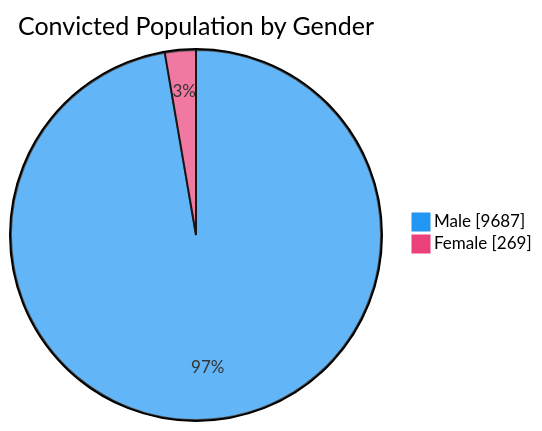
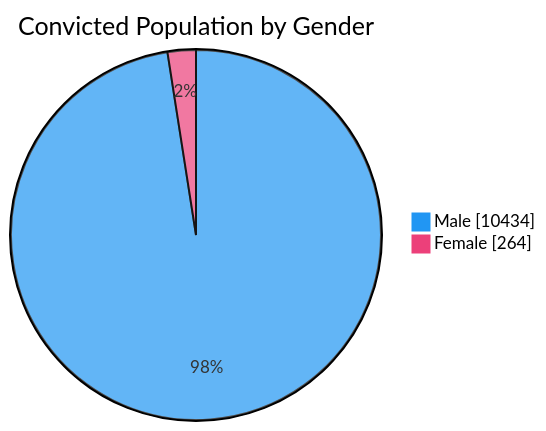
Before and after one commit to nuuuwan/lk_prisons: the third of 7 diagrams in README.md, drawn with Mermaid. The commit also changed other lines of this file and 1 other file, not shown here.

````diff
--- a/README.md
+++ b/README.md
@@ -65,6 +65,6 @@
 ```mermaid
 %%{init: {'themeVariables': {'pie1': '#2196F3', 'pie2': '#EC407A'}}}%%
 pie showData title Convicted Population by Gender
-    "Male" : 9687
-    "Female" : 269
+    "Male" : 10434
+    "Female" : 264
 ```
````
